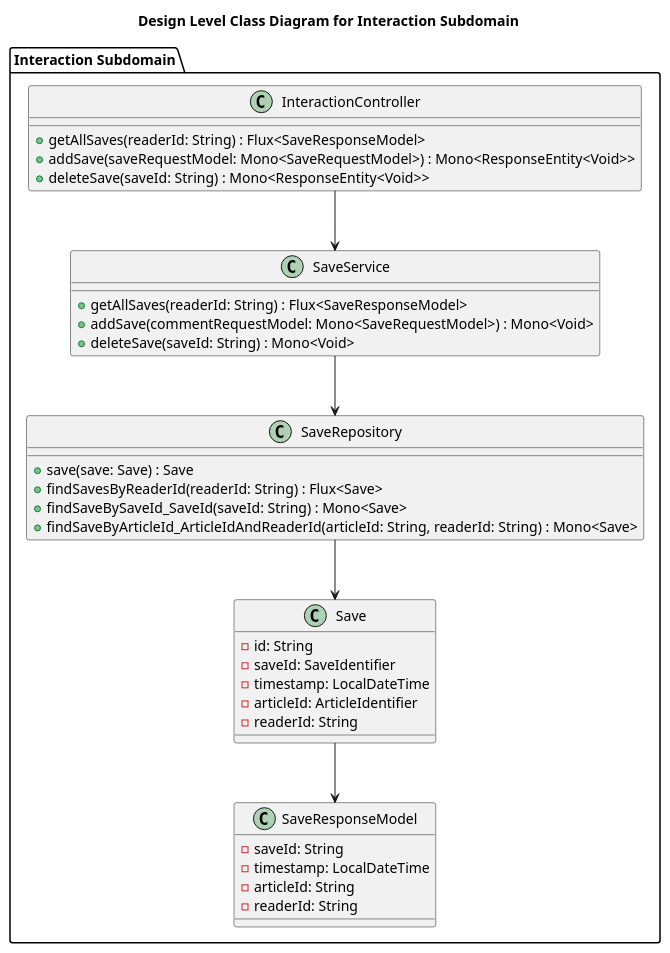
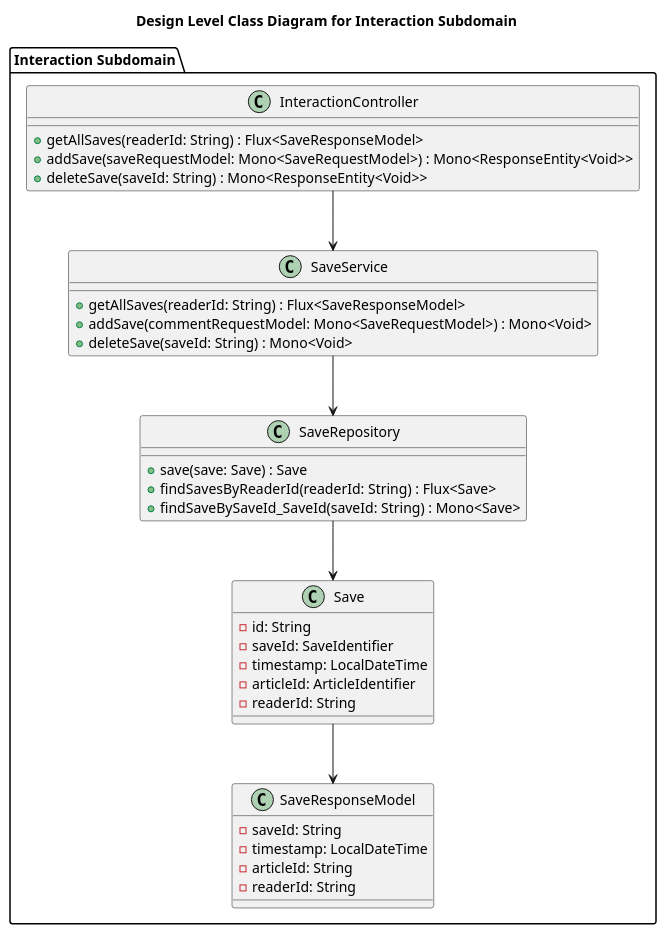
The diagram in Diagrams/_valentine/new/saveClassDiagram.puml (Valthefirst/league_alerts-ChamplainECP), drawn with PlantUML before and after one commit. The commit also changed 6 other files, not shown here.

```diff
--- a/Diagrams/_valentine/new/saveClassDiagram.puml
+++ b/Diagrams/_valentine/new/saveClassDiagram.puml
@@ -1,47 +1,46 @@
 @startuml
 
 title Design Level Class Diagram for Interaction Subdomain
 
 package "Interaction Subdomain" {
 
     class InteractionController {
         + getAllSaves(readerId: String) : Flux<SaveResponseModel>
         + addSave(saveRequestModel: Mono<SaveRequestModel>) : Mono<ResponseEntity<Void>>
         + deleteSave(saveId: String) : Mono<ResponseEntity<Void>>
     }
 
     class SaveService {
         + getAllSaves(readerId: String) : Flux<SaveResponseModel>
         + addSave(commentRequestModel: Mono<SaveRequestModel>) : Mono<Void>
         + deleteSave(saveId: String) : Mono<Void>
     }
 
     class SaveRepository {
         + save(save: Save) : Save
         + findSavesByReaderId(readerId: String) : Flux<Save>
         + findSaveBySaveId_SaveId(saveId: String) : Mono<Save>
-        + findSaveByArticleId_ArticleIdAndReaderId(articleId: String, readerId: String) : Mono<Save>
     }
 
     class Save {
         - id: String
         - saveId: SaveIdentifier
         - timestamp: LocalDateTime
         - articleId: ArticleIdentifier
         - readerId: String
     }
 
     class SaveResponseModel {
         - saveId: String
         - timestamp: LocalDateTime
         - articleId: String
         - readerId: String
     }
 
     InteractionController --> SaveService
     SaveService --> SaveRepository
     SaveRepository --> Save
     Save --> SaveResponseModel
 }
 
 @enduml
```
